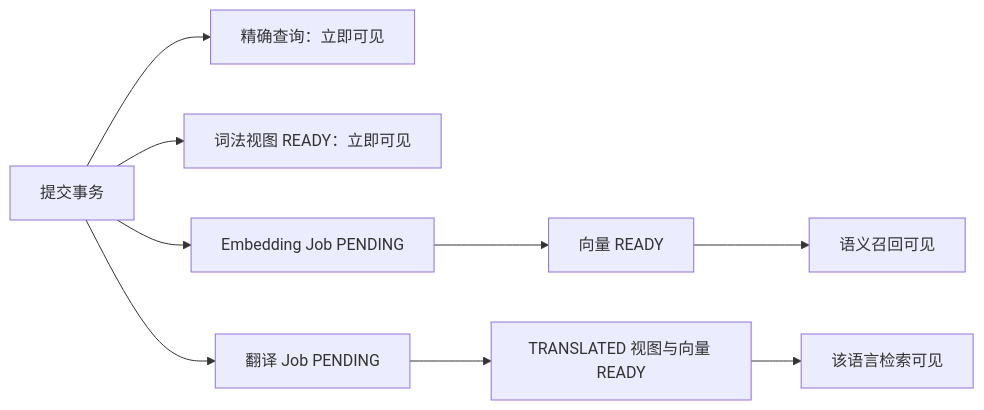
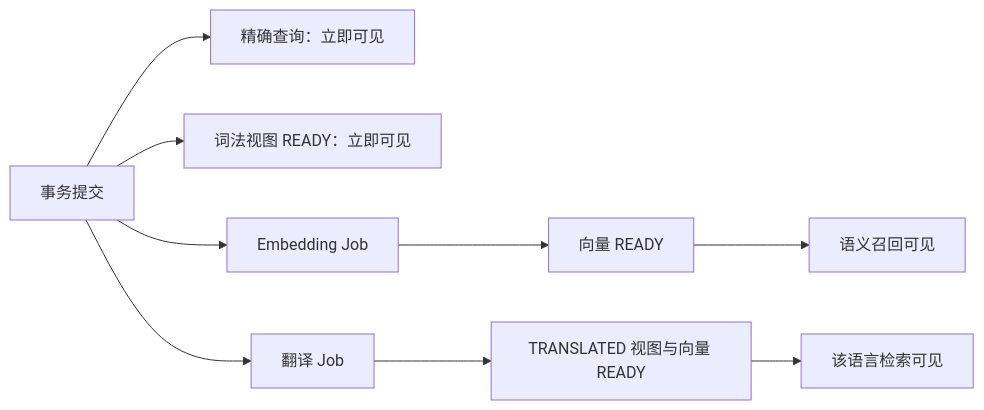
The fourth of 6 diagrams in docs/2-详细设计/08-记忆新增与更新.md (luming1617/mms), drawn with Mermaid before and after one commit. The commit also changed other lines of this file and 37 other files, not shown here.

````diff
--- a/docs/2-详细设计/08-记忆新增与更新.md
+++ b/docs/2-详细设计/08-记忆新增与更新.md
@@ -231,11 +151,11 @@
 ```mermaid
 flowchart LR
-  T["提交事务"] --> E["精确查询：立即可见"]
+  T["事务提交"] --> E["精确查询：立即可见"]
   T --> L["词法视图 READY：立即可见"]
-  T --> J["Embedding Job PENDING"]
+  T --> J["Embedding Job"]
   J --> V["向量 READY"]
   V --> S["语义召回可见"]
-  T --> TJ["翻译 Job PENDING"]
+  T --> TJ["翻译 Job"]
   TJ --> TV["TRANSLATED 视图与向量 READY"]
   TV --> X["该语言检索可见"]
 ```
````
